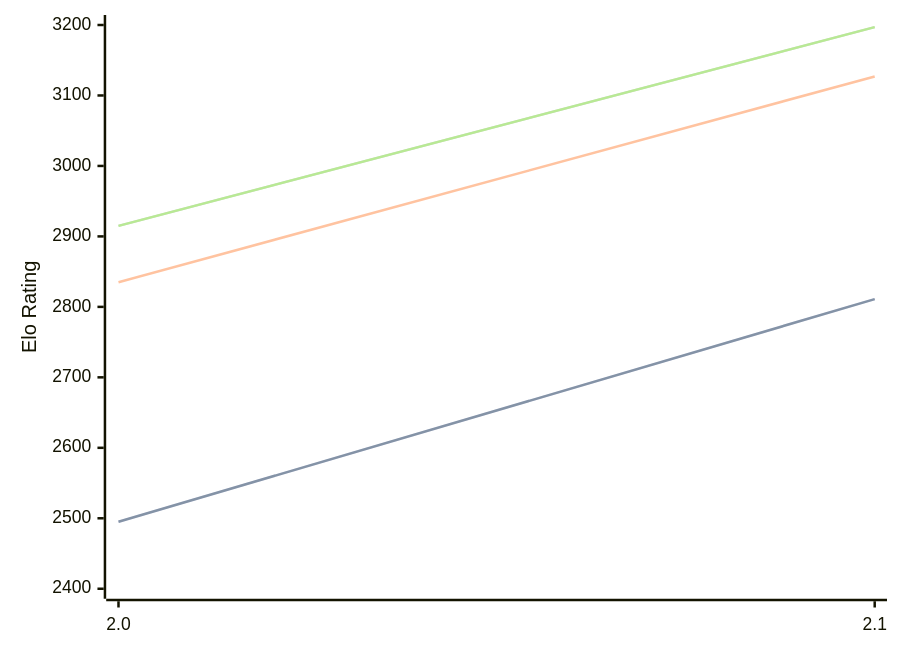
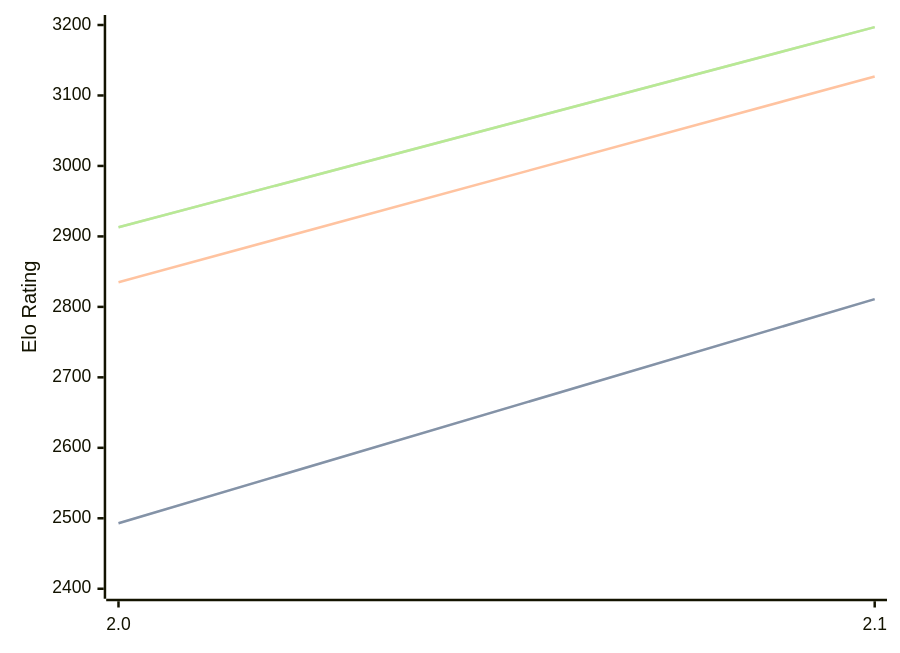
One commit to computer-chess-index/cci changed the third of 3 diagrams in engines/Tunguska.md. Above: the diagram before and after it, drawn with Mermaid. The commit also changed other lines of this file, not shown here.

Commit message:
Update CCI Ratings (ELO VLTC) - 2026-06-19

````diff
--- a/engines/Tunguska.md
+++ b/engines/Tunguska.md
@@ -65,11 +65,11 @@
 ```mermaid
 %%{init: {"theme":"base","themeVariables":{"seriesColors:['#a3a3a3','#222221','#faa371']}}}%%
 xychart-beta
   x-axis ["2.0", "2.1"]
   y-axis "Elo Rating" 2400 --> 3200
-  line "STC (8.0+0.08s)" [2495, 2811]
-  line "STC (8.0+0.08s)" [2495, 2811]
+  line "STC (8.0+0.08s)" [2493, 2811]
+  line "STC (8.0+0.08s)" [2493, 2811]
   line "LTC (60.0+0.60s)" [2835, 3127]
-  line "VLTC (2m24s+1.12s)" [2915, 3197]
-  line "VLTC (2m24s+1.12s)" [2915, 3197]
+  line "VLTC (2m24s+1.12s)" [2913, 3197]
+  line "VLTC (2m24s+1.12s)" [2913, 3197]
 ```
````
